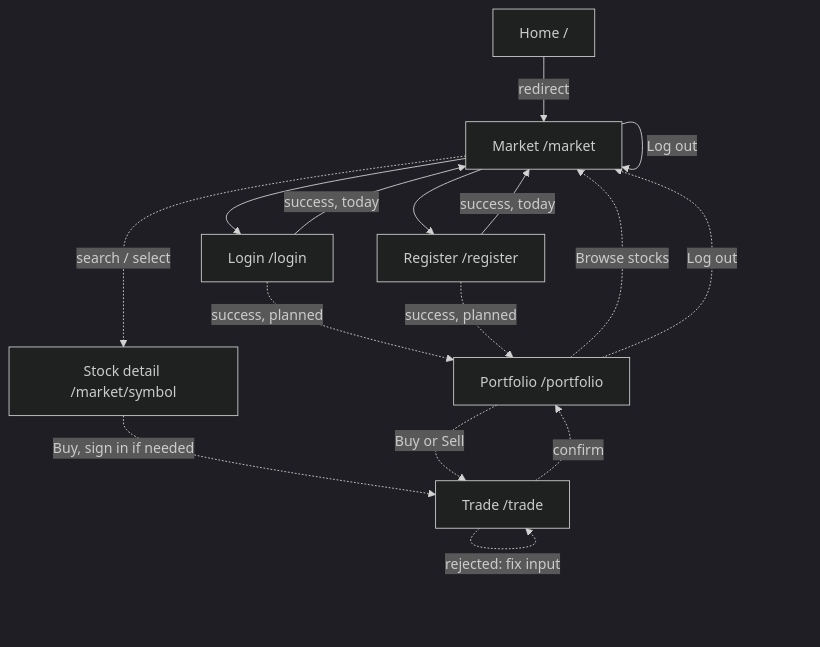
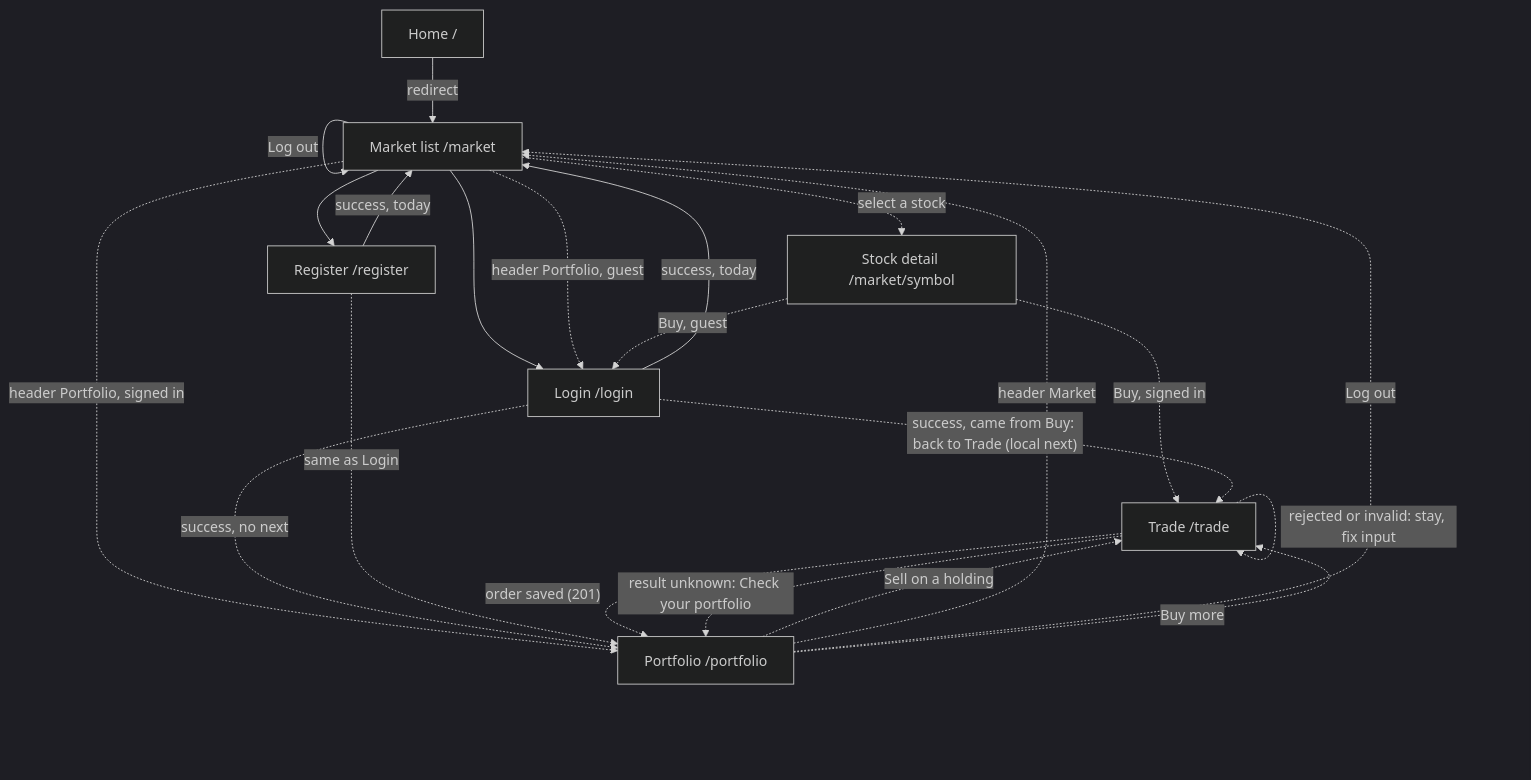
One commit to SE-FDA-NEU-AI66B/AI66B-Group-5-A4-Investment-and-Portfolio-Management-Simulation changed the diagram in docs/ui.md. Above: the diagram before and after it, drawn with Mermaid (dark theme). The commit also changed other lines of this file and 1 other file, not shown here.

First line of the commit message:
docs: record M3 search, detail and sign-in decisions in design.md

````diff
--- a/docs/ui.md
+++ b/docs/ui.md
@@ -30,18 +32,25 @@
 ```mermaid
 flowchart TD
-    Home[Home /] -->|redirect| Market[Market /market]
+    Home[Home /] -->|redirect| Market[Market list /market]
     Market --> Login[Login /login]
     Market --> Register[Register /register]
     Login -->|success, today| Market
     Register -->|success, today| Market
-    Login -. success, planned .-> Portfolio[Portfolio /portfolio]
-    Register -. success, planned .-> Portfolio
-    Market -. search / select .-> Detail[Stock detail /market/symbol]
-    Detail -. Buy, sign in if needed .-> Trade[Trade /trade]
-    Portfolio -. Buy or Sell .-> Trade
-    Trade -. confirm .-> Portfolio
-    Trade -. rejected: fix input .-> Trade
-    Portfolio -. Browse stocks .-> Market
-    Portfolio -. Log out .-> Market
     Market -->|Log out| Market
+
+    Market -. "header Portfolio, signed in" .-> Portfolio[Portfolio /portfolio]
+    Market -. "header Portfolio, guest" .-> Login
+    Market -. "select a stock" .-> Detail[Stock detail /market/symbol]
+    Detail -. "Buy, signed in" .-> Trade[Trade /trade]
+    Detail -. "Buy, guest" .-> Login
+    Login -. "success, came from Buy: back to Trade (local next)" .-> Trade
+    Login -. "success, no next" .-> Portfolio
+    Register -. "same as Login" .-> Portfolio
+    Trade -. "order saved (201)" .-> Portfolio
+    Trade -. "rejected or invalid: stay, fix input" .-> Trade
+    Trade -. "result unknown: Check your portfolio" .-> Portfolio
+    Portfolio -. "Sell on a holding" .-> Trade
+    Portfolio -. "header Market" .-> Market
+    Portfolio -. "Log out" .-> Market
+    Portfolio -. "Buy more" .-> Trade
 ```
````
